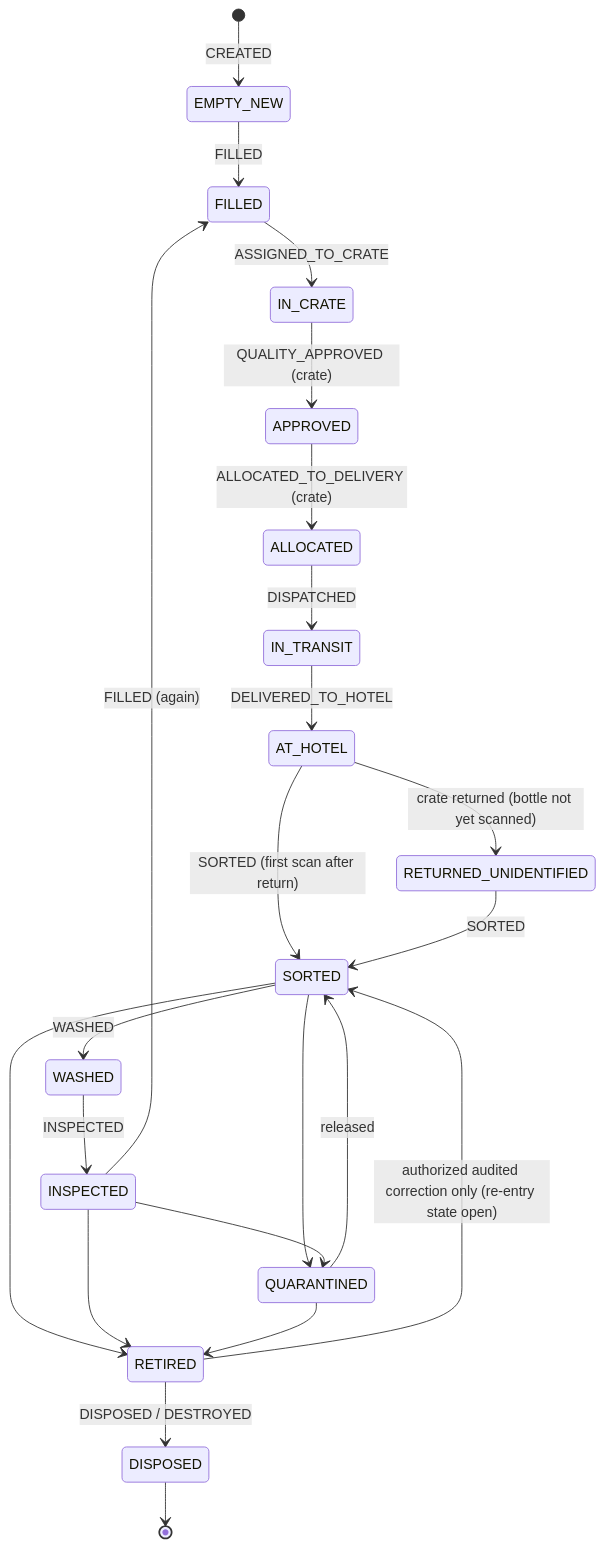
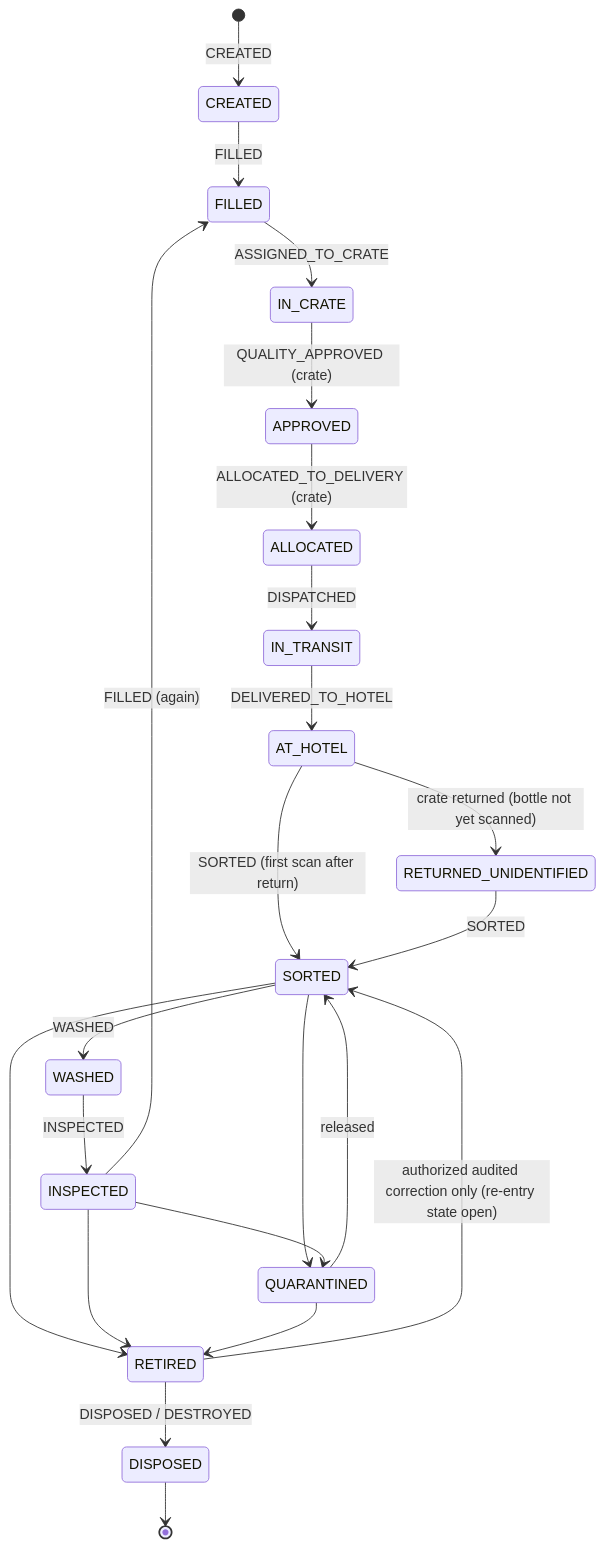
The diagram in docs/004-bottle-lifecycle.md (ElDiemo/AyvoOS), drawn with Mermaid before and after one commit. The commit also changed other lines of this file and 14 other files, not shown here.

First line of the commit message:
docs: document Milestone 1 bottle and label architecture

````diff
--- a/docs/004-bottle-lifecycle.md
+++ b/docs/004-bottle-lifecycle.md
@@ -44,25 +44,25 @@
 ```mermaid
 stateDiagram-v2
-  [*] --> EMPTY_NEW: CREATED
-  EMPTY_NEW --> FILLED: FILLED
+  [*] --> CREATED: CREATED
+  CREATED --> FILLED: FILLED
   FILLED --> IN_CRATE: ASSIGNED_TO_CRATE
   IN_CRATE --> APPROVED: QUALITY_APPROVED (crate)
   APPROVED --> ALLOCATED: ALLOCATED_TO_DELIVERY (crate)
   ALLOCATED --> IN_TRANSIT: DISPATCHED
   IN_TRANSIT --> AT_HOTEL: DELIVERED_TO_HOTEL
   AT_HOTEL --> RETURNED_UNIDENTIFIED: crate returned (bottle not yet scanned)
   AT_HOTEL --> SORTED: SORTED (first scan after return)
   RETURNED_UNIDENTIFIED --> SORTED: SORTED
   SORTED --> WASHED: WASHED
   WASHED --> INSPECTED: INSPECTED
   INSPECTED --> FILLED: FILLED (again)
   SORTED --> QUARANTINED
   INSPECTED --> QUARANTINED
   QUARANTINED --> SORTED: released
   SORTED --> RETIRED
   INSPECTED --> RETIRED
   QUARANTINED --> RETIRED
   RETIRED --> DISPOSED: DISPOSED / DESTROYED
   RETIRED --> SORTED: authorized audited correction only (re-entry state open)
   DISPOSED --> [*]
 ```
````
